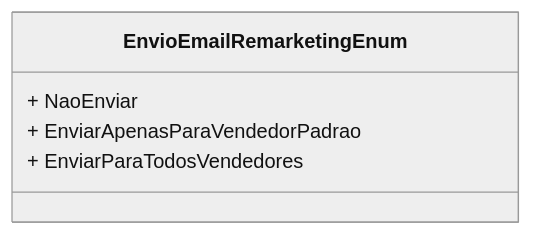
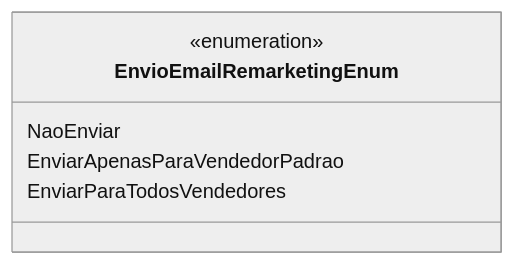
Before and after one commit to IsthmusSistemas/documentacao-tecnica: the diagram in docs/b2b-dominio/IsthmusWinthor.Nucleo/IsthmusWinthor.Dominio/Enumeradores/EnvioEmailRemarketingEnum.md, drawn with Mermaid (neutral theme). The commit also changed other lines of this file and 882 other files, not shown here.

````diff
--- a/docs/b2b-dominio/IsthmusWinthor.Nucleo/IsthmusWinthor.Dominio/Enumeradores/EnvioEmailRemarketingEnum.md
+++ b/docs/b2b-dominio/IsthmusWinthor.Nucleo/IsthmusWinthor.Dominio/Enumeradores/EnvioEmailRemarketingEnum.md
@@ -13,8 +11,9 @@
 ```mermaid
 classDiagram
     class EnvioEmailRemarketingEnum {
-        + NaoEnviar
-        + EnviarApenasParaVendedorPadrao
-        + EnviarParaTodosVendedores
+        <<enumeration>>
+        NaoEnviar
+        EnviarApenasParaVendedorPadrao
+        EnviarParaTodosVendedores
     }
 ```
````
